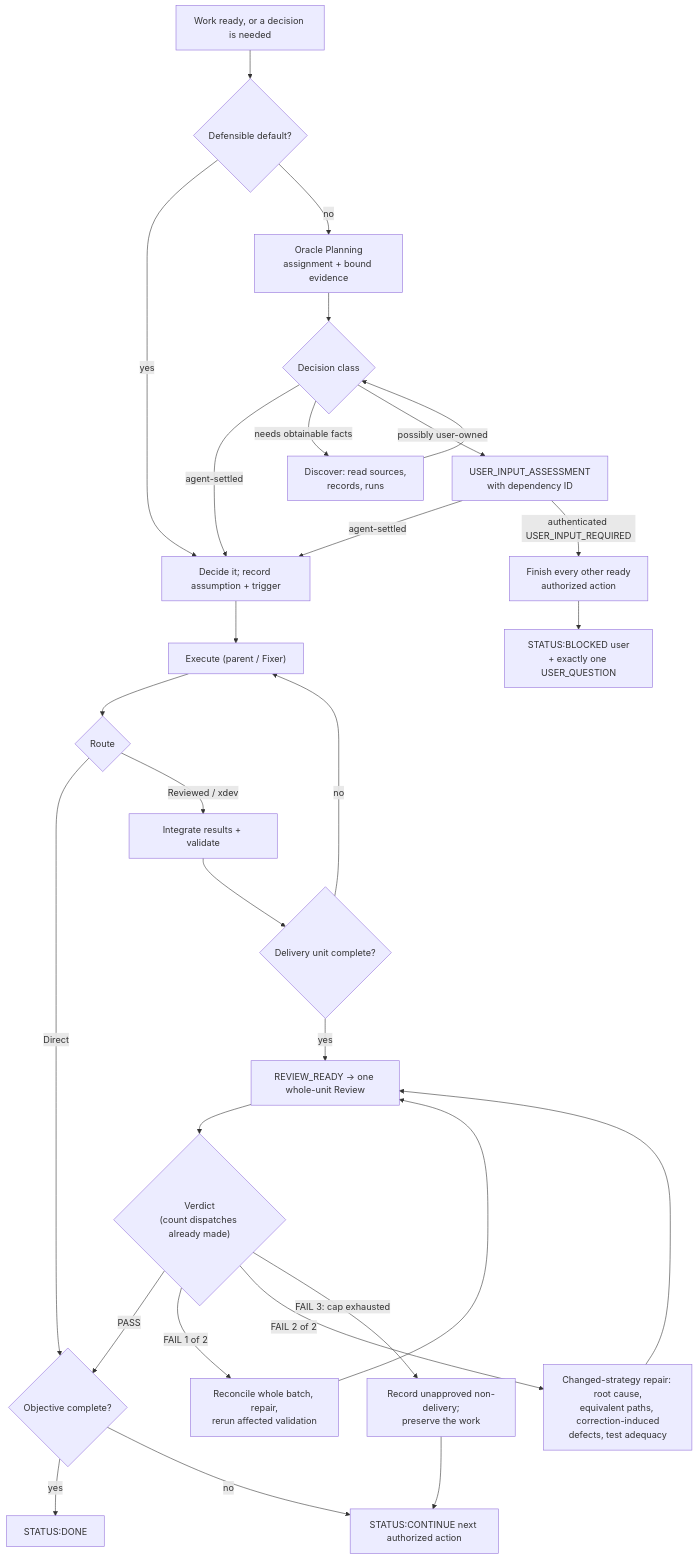
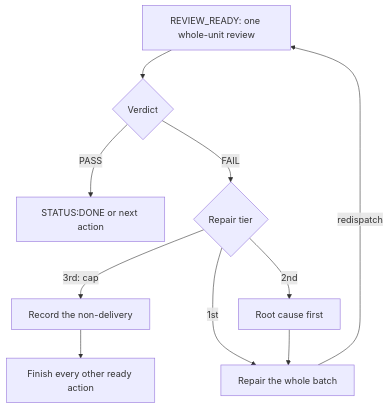
One commit to martin-liu/m-scripts changed the fourth of 4 diagrams in shell/config/pi/APPEND_SYSTEM.md. Above: the diagram before and after it, drawn with Mermaid. The commit also changed other lines of this file and 1 other file, not shown here.

First line of the commit message:
Draw the orchestrator-Oracle protocol instead of describing it

````diff
--- a/shell/config/pi/APPEND_SYSTEM.md
+++ b/shell/config/pi/APPEND_SYSTEM.md
@@ -193,31 +243,12 @@
 ```mermaid
 flowchart TD
-    A["Work ready, or a decision is needed"] --> B{"Defensible default?"}
-    B -- yes --> C["Decide it; record assumption + trigger"]
-    B -- no --> P["Oracle Planning<br/>assignment + bound evidence"]
-    P --> PC{"Decision class"}
-    PC -- "agent-settled" --> C
-    PC -- "needs obtainable facts" --> DISC["Discover: read sources,<br/>records, runs"]
-    DISC --> PC
-    PC -- "possibly user-owned" --> IA["USER_INPUT_ASSESSMENT<br/>with dependency ID"]
-    IA -- "agent-settled" --> C
-    IA -- "authenticated USER_INPUT_REQUIRED" --> OW["Finish every other ready<br/>authorized action"]
-    OW --> G["STATUS:BLOCKED user<br/>+ exactly one USER_QUESTION"]
-    C --> H["Execute (parent / Fixer)"]
-    H --> D{"Route"}
-    D -- Direct --> DC{"Objective complete?"}
-    D -- "Reviewed / xdev" --> I["Integrate results + validate"]
-    I --> J{"Delivery unit complete?"}
-    J -- no --> H
-    J -- yes --> K["REVIEW_READY -> one whole-unit Review"]
-    K --> V{"Verdict<br/>(count dispatches already made)"}
-    V -- "PASS" --> DC
-    V -- "FAIL 1 of 2" --> R["Reconcile whole batch, repair,<br/>rerun affected validation"]
-    V -- "FAIL 2 of 2" --> R2["Changed-strategy repair: root cause,<br/>equivalent paths, correction-induced<br/>defects, test adequacy"]
-    V -- "FAIL 3: cap exhausted" --> ND["Record unapproved non-delivery;<br/>preserve the work"]
-    R --> K
-    R2 --> K
-    DC -- yes --> M["STATUS:DONE"]
-    DC -- no --> NX["STATUS:CONTINUE next authorized action"]
-    ND --> NX
+    K["REVIEW_READY: one whole-unit review"] --> V{"Verdict"}
+    V -- PASS --> M["STATUS:DONE or next action"]
+    V -- FAIL --> T{"Repair tier"}
+    T -- "3rd: cap" --> ND["Record the non-delivery"]
+    T -- "2nd" --> RC["Root cause first"]
+    T -- "1st" --> R["Repair the whole batch"]
+    RC --> R
+    R -- "redispatch" --> K
+    ND --> NX["Finish every other ready action"]
 ```
````
